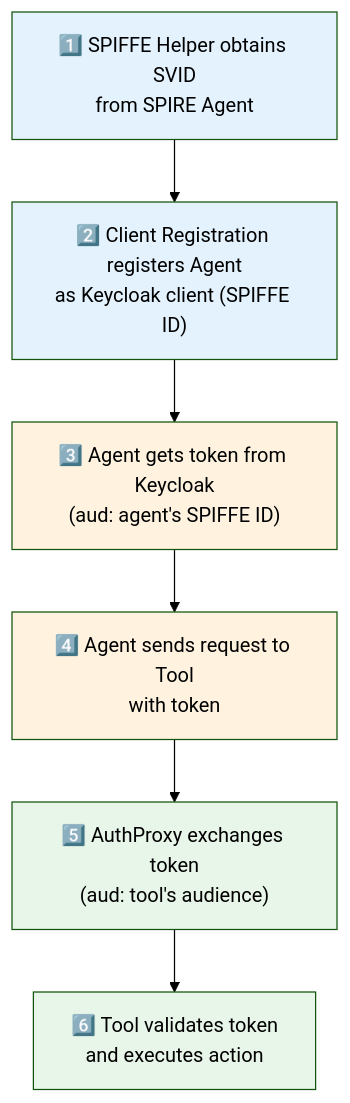
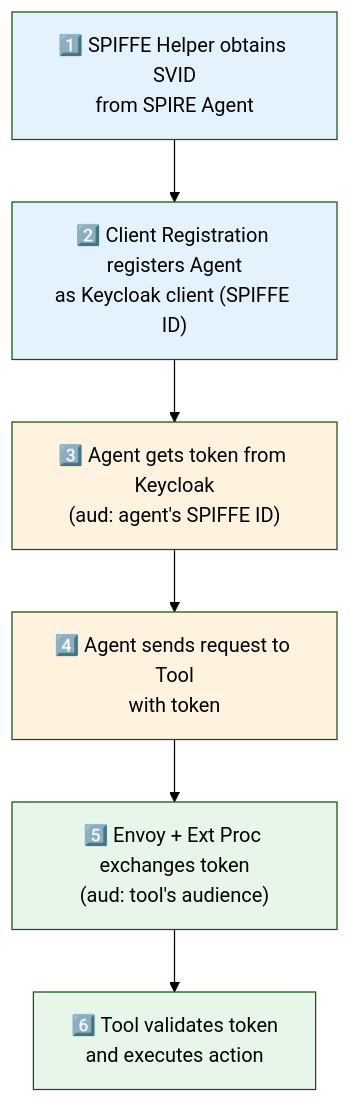
The third of 10 diagrams in AuthBridge/BLOG-agentic.md (mrsabath/kagenti-extensions), drawn with Mermaid (forest theme) before and after one commit. The commit also changed other lines of this file, not shown here.

````diff
--- a/AuthBridge/BLOG-agentic.md
+++ b/AuthBridge/BLOG-agentic.md
@@ -223,18 +223,18 @@
 ```mermaid
 flowchart TB
     Step1["1️⃣ SPIFFE Helper obtains SVID<br/>from SPIRE Agent"]
     Step2["2️⃣ Client Registration registers Agent<br/>as Keycloak client (SPIFFE ID)"]
     Step3["3️⃣ Agent gets token from Keycloak<br/>(aud: agent's SPIFFE ID)"]
     Step4["4️⃣ Agent sends request to Tool<br/>with token"]
-    Step5["5️⃣ AuthProxy exchanges token<br/>(aud: tool's audience)"]
+    Step5["5️⃣ Envoy + Ext Proc exchanges token<br/>(aud: tool's audience)"]
     Step6["6️⃣ Tool validates token<br/>and executes action"]
     
     Step1 --> Step2 --> Step3 --> Step4 --> Step5 --> Step6
     
     style Step1 fill:#e3f2fd
     style Step2 fill:#e3f2fd
     style Step3 fill:#fff3e0
     style Step4 fill:#fff3e0
     style Step5 fill:#e8f5e9
     style Step6 fill:#e8f5e9
 ```
````
